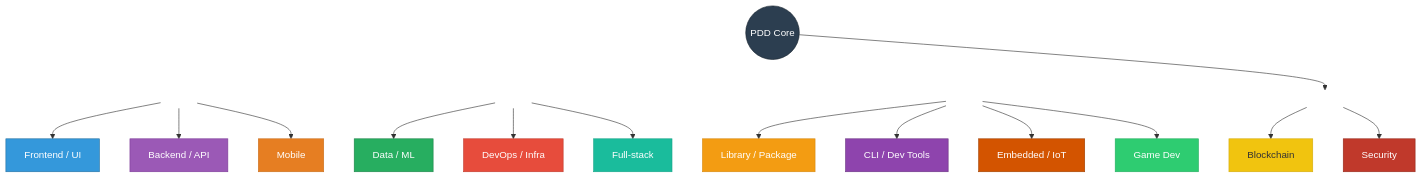
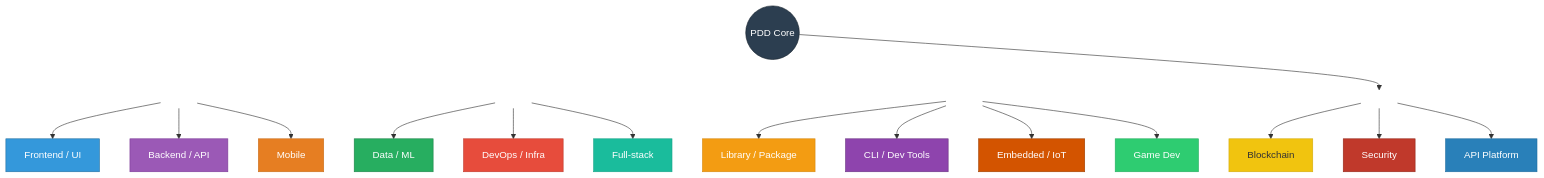
One commit to harshal2802/pdd-skill changed the third of 5 diagrams in docs/philosophy.md. Above: the diagram before and after it, drawn with Mermaid. The commit also changed other lines of this file and 5 other files, not shown here.

First line of the commit message:
Add API Platform / SDK project type flavor

````diff
--- a/docs/philosophy.md
+++ b/docs/philosophy.md
@@ -113,44 +113,46 @@
 ```mermaid
 graph TD
     PDD((PDD Core))
 
     PDD --> row1[ ] & row2[ ] & row3[ ] & row4[ ]
 
     row1 --> FE["Frontend / UI"]
     row1 --> BE["Backend / API"]
     row1 --> MO["Mobile"]
 
     row2 --> DA["Data / ML"]
     row2 --> DO["DevOps / Infra"]
     row2 --> FS["Full-stack"]
 
     row3 --> LB["Library / Package"]
     row3 --> CL["CLI / Dev Tools"]
     row3 --> EM["Embedded / IoT"]
     row3 --> GD["Game Dev"]
 
     row4 --> BC["Blockchain"]
     row4 --> SC["Security"]
+    row4 --> AP["API Platform"]
 
     style row1 fill:none,stroke:none
     style row2 fill:none,stroke:none
     style row3 fill:none,stroke:none
     style row4 fill:none,stroke:none
     style PDD fill:#2c3e50,stroke:#1a252f,color:#fff
     style FE fill:#3498db,stroke:#2471a3,color:#fff
     style BE fill:#9b59b6,stroke:#7d3c98,color:#fff
     style MO fill:#e67e22,stroke:#ca6f1e,color:#fff
     style DA fill:#27ae60,stroke:#1e8449,color:#fff
     style DO fill:#e74c3c,stroke:#c0392b,color:#fff
     style FS fill:#1abc9c,stroke:#17a589,color:#fff
     style LB fill:#f39c12,stroke:#d68910,color:#fff
     style CL fill:#8e44ad,stroke:#6c3483,color:#fff
     style EM fill:#d35400,stroke:#a04000,color:#fff
     style GD fill:#2ecc71,stroke:#27ae60,color:#fff
     style BC fill:#f1c40f,stroke:#d4ac0d,color:#333
     style SC fill:#c0392b,stroke:#96281b,color:#fff
+    style AP fill:#2980b9,stroke:#1f6da0,color:#fff
 
     linkStyle 0 stroke:none
     linkStyle 1 stroke:none
     linkStyle 2 stroke:none
 ```
````
